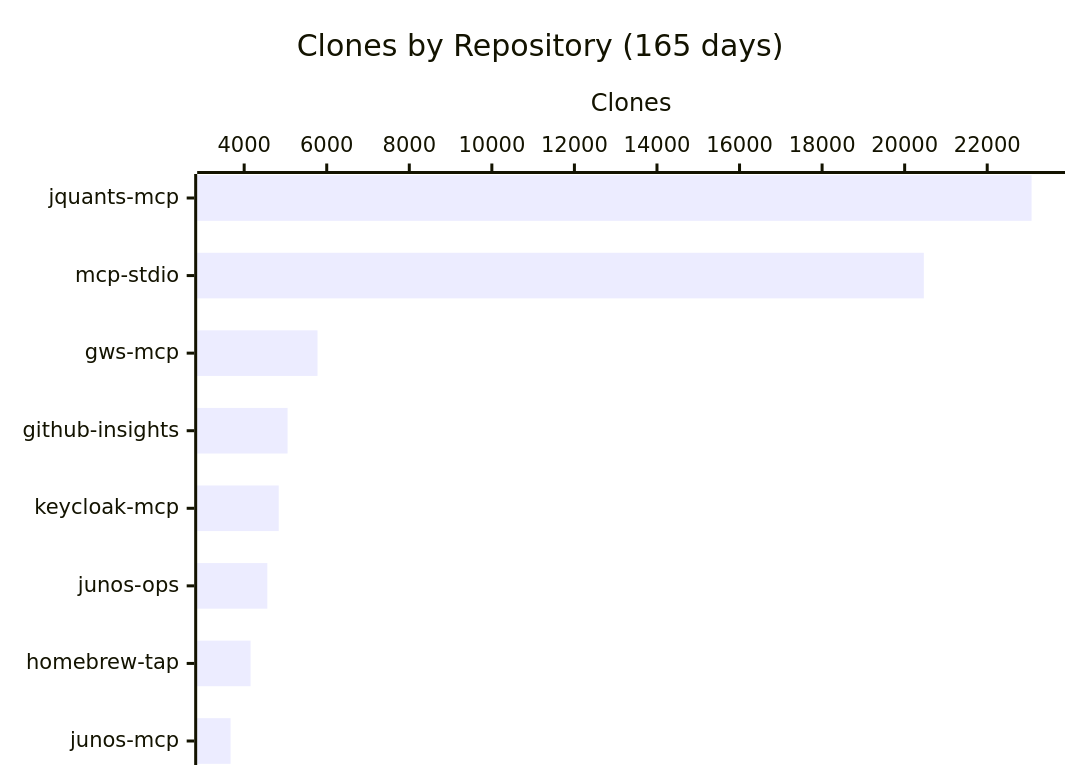
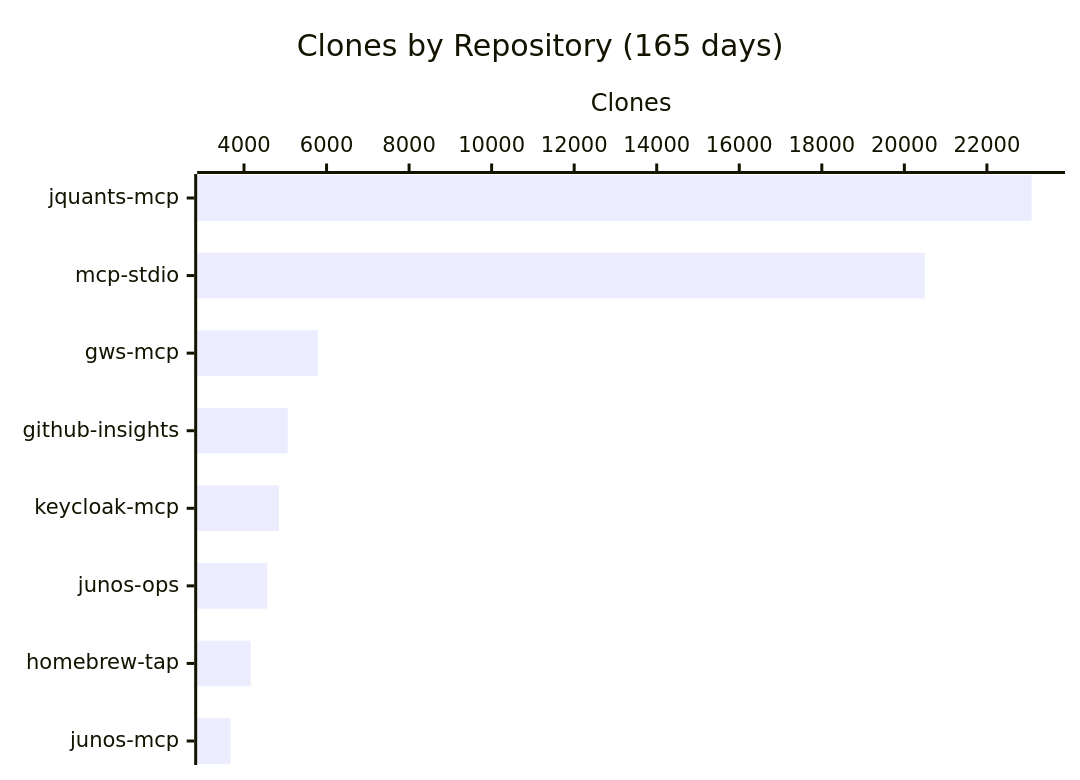
The fourth of 4 diagrams in README.md (shigechika/github-insights), drawn with Mermaid before and after one commit. The commit also changed other lines of this file and 2 other files, not shown here.

````diff
--- a/README.md
+++ b/README.md
@@ -58,7 +58,7 @@
 ```mermaid
 xychart-beta horizontal
     title "Clones by Repository (165 days)"
     x-axis ["jquants-mcp", "mcp-stdio", "gws-mcp", "github-insights", "keycloak-mcp", "junos-ops", "homebrew-tap", "junos-mcp"]
     y-axis "Clones"
-    bar [23075, 20464, 5777, 5051, 4837, 4561, 4155, 3671]
+    bar [23083, 20492, 5788, 5058, 4845, 4564, 4160, 3675]
 ```
````
